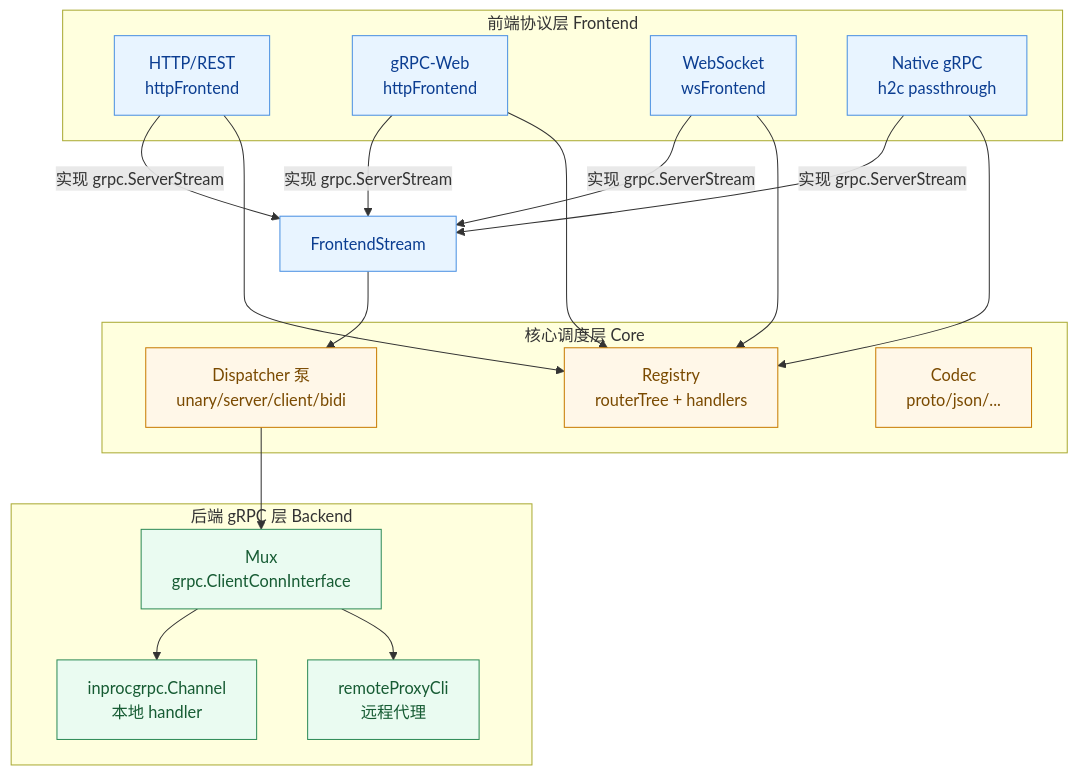
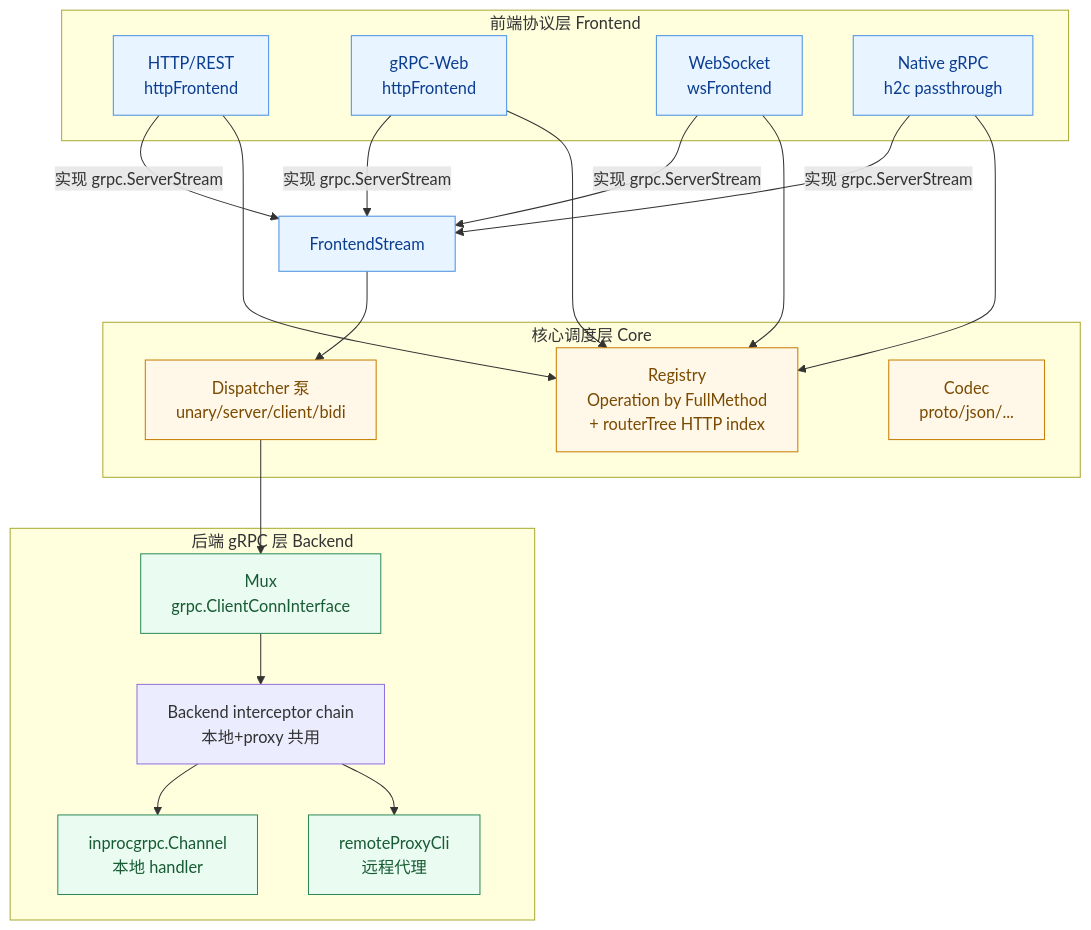
Before and after one commit to pubgo/lava: the first of 6 diagrams in pkg/gateway/docs/architecture.md, drawn with Mermaid. The commit also changed other lines of this file and 109 other files, not shown here.

````diff
--- a/pkg/gateway/docs/architecture.md
+++ b/pkg/gateway/docs/architecture.md
@@ -22,35 +25,37 @@
 ```mermaid
 flowchart TB
     subgraph FE[前端协议层 Frontend]
         F1[HTTP/REST<br/>httpFrontend]
         F2[gRPC-Web<br/>httpFrontend]
         F3[WebSocket<br/>wsFrontend]
         F4[Native gRPC<br/>h2c passthrough]
     end
 
     subgraph CORE[核心调度层 Core]
-        REG[Registry<br/>routerTree + handlers]
+        REG[Registry<br/>Operation by FullMethod<br/>+ routerTree HTTP index]
         PUMP[Dispatcher 泵<br/>unary/server/client/bidi]
         CODEC[Codec<br/>proto/json/...]
     end
 
     subgraph BE[后端 gRPC 层 Backend]
+        MW[Backend interceptor chain<br/>本地+proxy 共用]
         INV["Mux<br/>grpc.ClientConnInterface"]
         INPROC[inprocgrpc.Channel<br/>本地 handler]
         PROXY[remoteProxyCli<br/>远程代理]
     end
 
     F1 & F2 & F3 & F4 -->|实现 grpc.ServerStream| SS[FrontendStream]
     F1 & F2 & F3 & F4 --> REG
     SS --> PUMP
     PUMP --> INV
-    INV --> INPROC
-    INV --> PROXY
+    INV --> MW
+    MW --> INPROC
+    MW --> PROXY
 
     classDef fe fill:#E8F4FF,stroke:#4A90E2,color:#0B3D91;
     classDef core fill:#FFF7E8,stroke:#C87B00,color:#7A4A00;
     classDef be fill:#EAFBF1,stroke:#2E8B57,color:#165B33;
     class F1,F2,F3,F4,SS fe;
     class REG,PUMP,CODEC core;
     class INV,INPROC,PROXY be;
 ```
````
